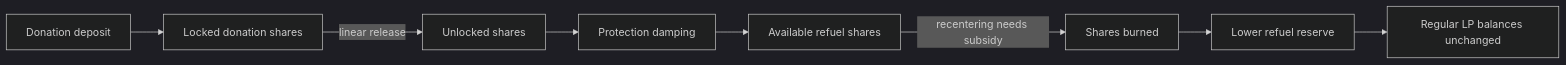
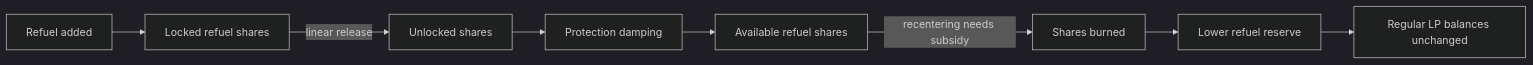
One commit to curvefi/docs changed the diagram in docs/developer/amm/fxswap/refuels.md. Above: the diagram before and after it, drawn with Mermaid (dark theme). The commit also changed other lines of this file and 12 other files, not shown here.

````diff
--- a/docs/developer/amm/fxswap/refuels.md
+++ b/docs/developer/amm/fxswap/refuels.md
@@ -10,10 +24,10 @@
 ```mermaid
 flowchart LR
-    A["Donation deposit"] --> B["Locked donation shares"]
+    A["Refuel added"] --> B["Locked refuel shares"]
     B -->|"linear release"| C["Unlocked shares"]
     C --> D["Protection damping"]
     D --> E["Available refuel shares"]
     E -->|"recentering needs subsidy"| F["Shares burned"]
     F --> G["Lower refuel reserve"]
     G --> H["Regular LP balances unchanged"]
 ```
````
